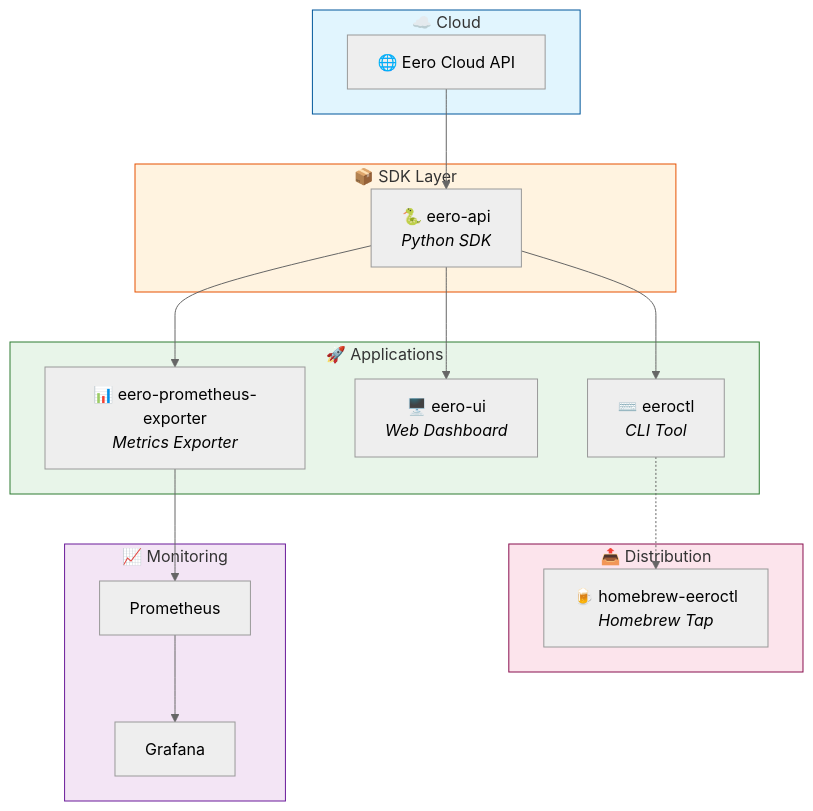
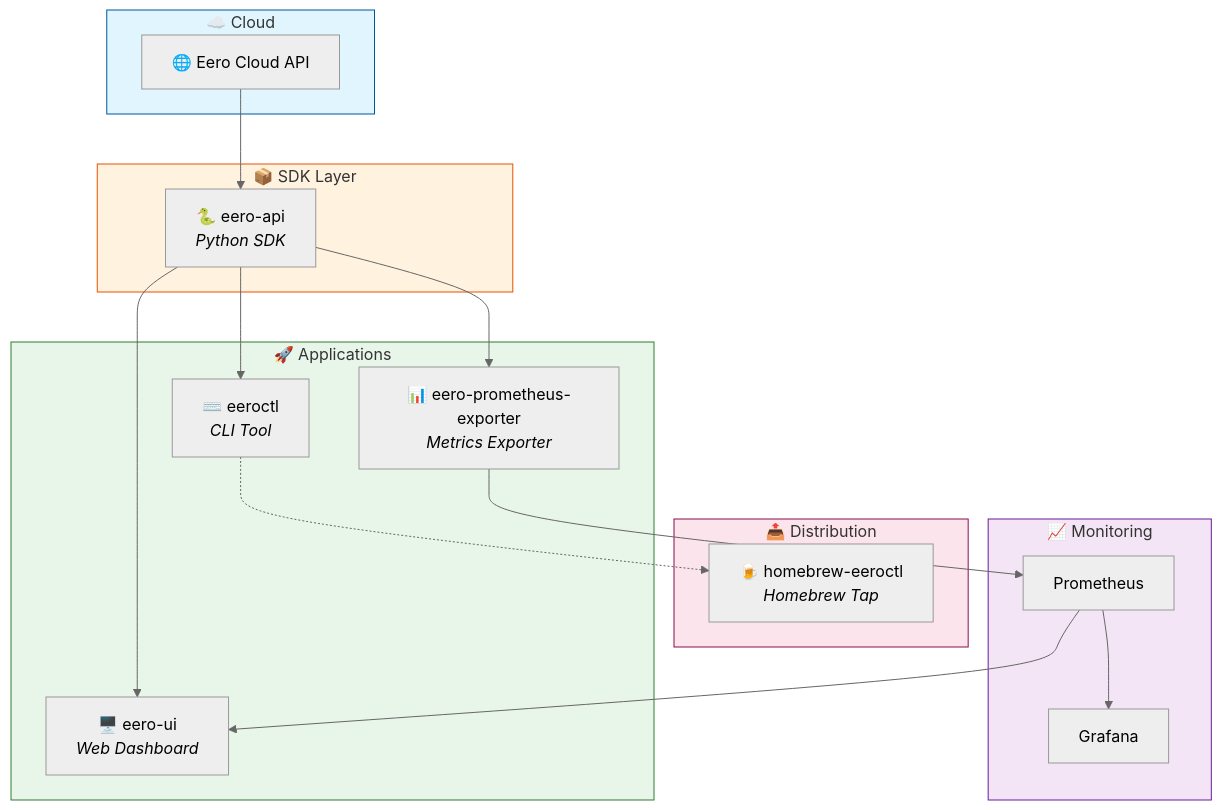
One commit to fulviofreitas/eero-ecosystem changed the diagram in README.md. Above: the diagram before and after it, drawn with Mermaid (neutral theme). The commit also changed other lines of this file, not shown here.

Commit message:
Update architecture and project links

````diff
--- a/README.md
+++ b/README.md
@@ -17,39 +16,40 @@
 ```mermaid
 flowchart TB
     subgraph Cloud["☁️ Cloud"]
         API["🌐 Eero Cloud API"]
     end
 
     subgraph SDK["📦 SDK Layer"]
         EERO_API["🐍 eero-api<br/><i>Python SDK</i>"]
     end
 
     subgraph Applications["🚀 Applications"]
         CLI["⌨️ eeroctl<br/><i>CLI Tool</i>"]
         UI["🖥️ eero-ui<br/><i>Web Dashboard</i>"]
         EXPORTER["📊 eero-prometheus-exporter<br/><i>Metrics Exporter</i>"]
     end
 
     subgraph Distribution["📤 Distribution"]
         HOMEBREW["🍺 homebrew-eeroctl<br/><i>Homebrew Tap</i>"]
     end
 
     subgraph Monitoring["📈 Monitoring"]
         PROMETHEUS["Prometheus"]
         GRAFANA["Grafana"]
     end
 
     API --> EERO_API
     EERO_API --> CLI
     EERO_API --> UI
     EERO_API --> EXPORTER
     CLI -.-> HOMEBREW
     EXPORTER --> PROMETHEUS
     PROMETHEUS --> GRAFANA
+    PROMETHEUS --> UI
 
     style Cloud fill:#e1f5fe,stroke:#01579b
     style SDK fill:#fff3e0,stroke:#e65100
     style Applications fill:#e8f5e9,stroke:#2e7d32
     style Distribution fill:#fce4ec,stroke:#880e4f
     style Monitoring fill:#f3e5f5,stroke:#6a1b9a
 ```
````
